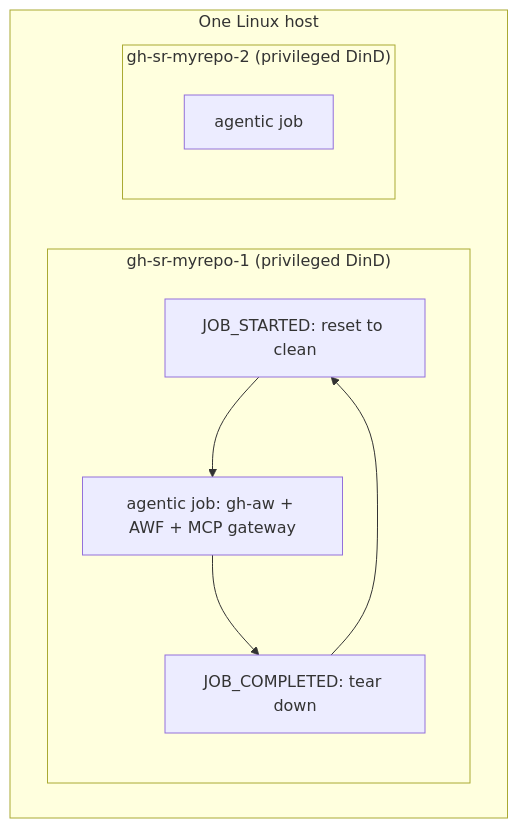
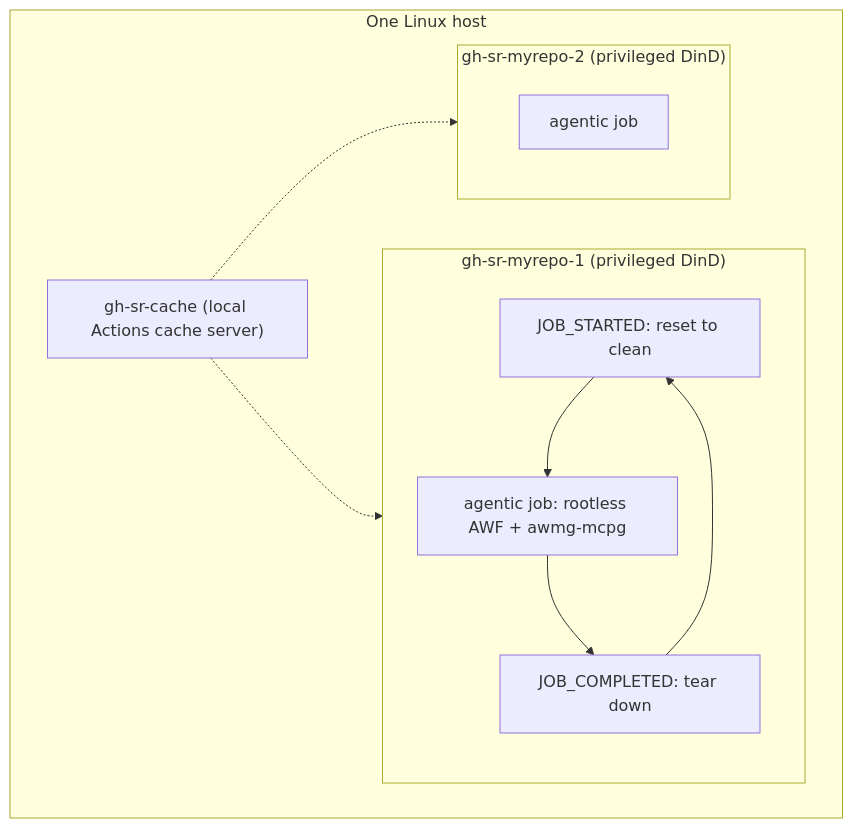
The diagram in docs/content/guides/agentic-workflows.md (an-lee/gh-sr), drawn with Mermaid before and after one commit. The commit also changed other lines of this file and 6 other files, not shown here.

First line of the commit message:
docs: document image layout v2 (rootless sandbox) and local cache

````diff
--- a/docs/content/guides/agentic-workflows.md
+++ b/docs/content/guides/agentic-workflows.md
@@ -32,14 +39,17 @@
 ```mermaid
 flowchart TD
   subgraph host [One Linux host]
+    cache["gh-sr-cache (local Actions cache server)"]
     subgraph slotA ["gh-sr-myrepo-1 (privileged DinD)"]
       hookA1["JOB_STARTED: reset to clean"]
-      jobA["agentic job: gh-aw + AWF + MCP gateway"]
+      jobA["agentic job: rootless AWF + awmg-mcpg"]
       hookA2["JOB_COMPLETED: tear down"]
       hookA1 --> jobA --> hookA2 --> hookA1
     end
     subgraph slotB ["gh-sr-myrepo-2 (privileged DinD)"]
       jobB["agentic job"]
     end
+    cache -.-> slotA
+    cache -.-> slotB
   end
 ```
````
